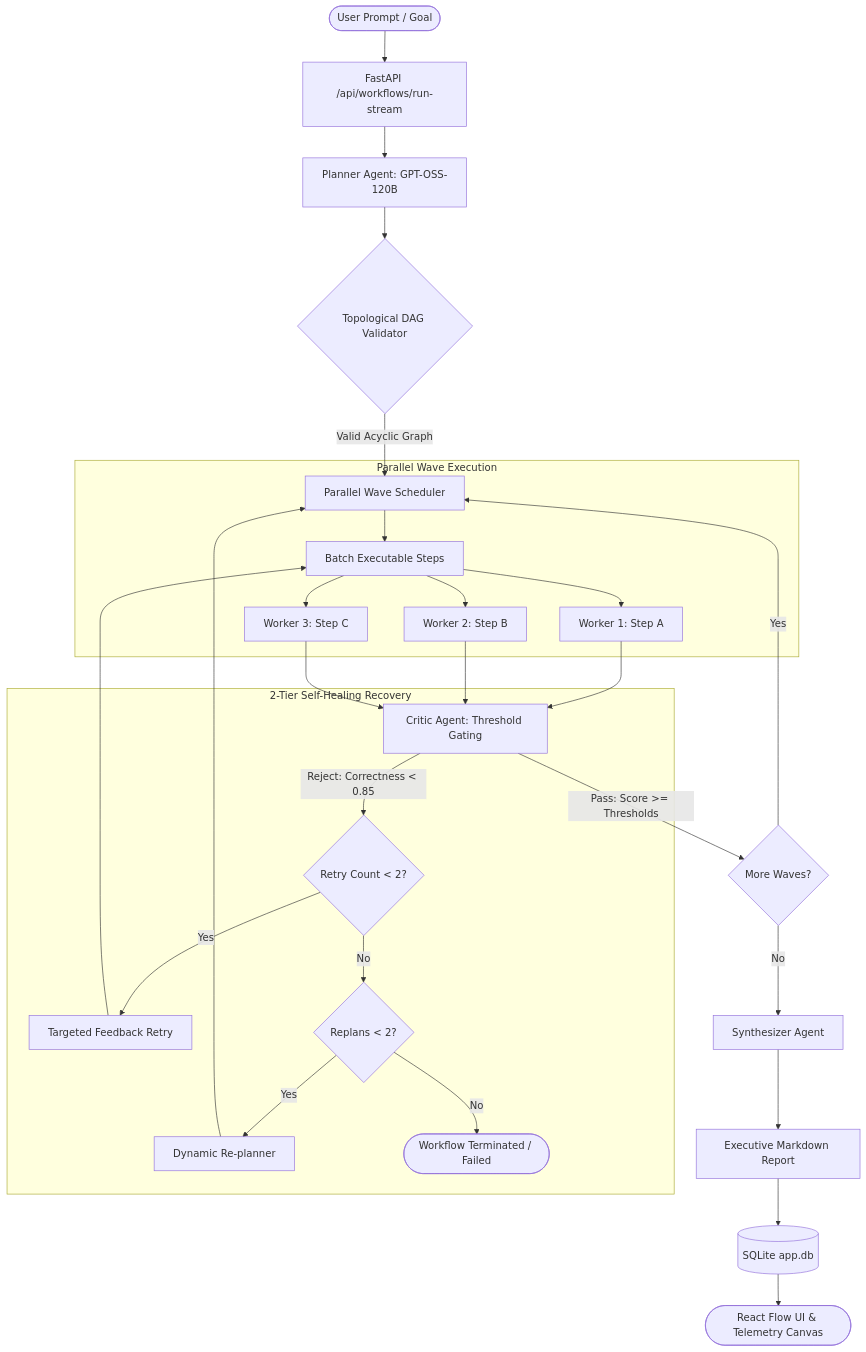
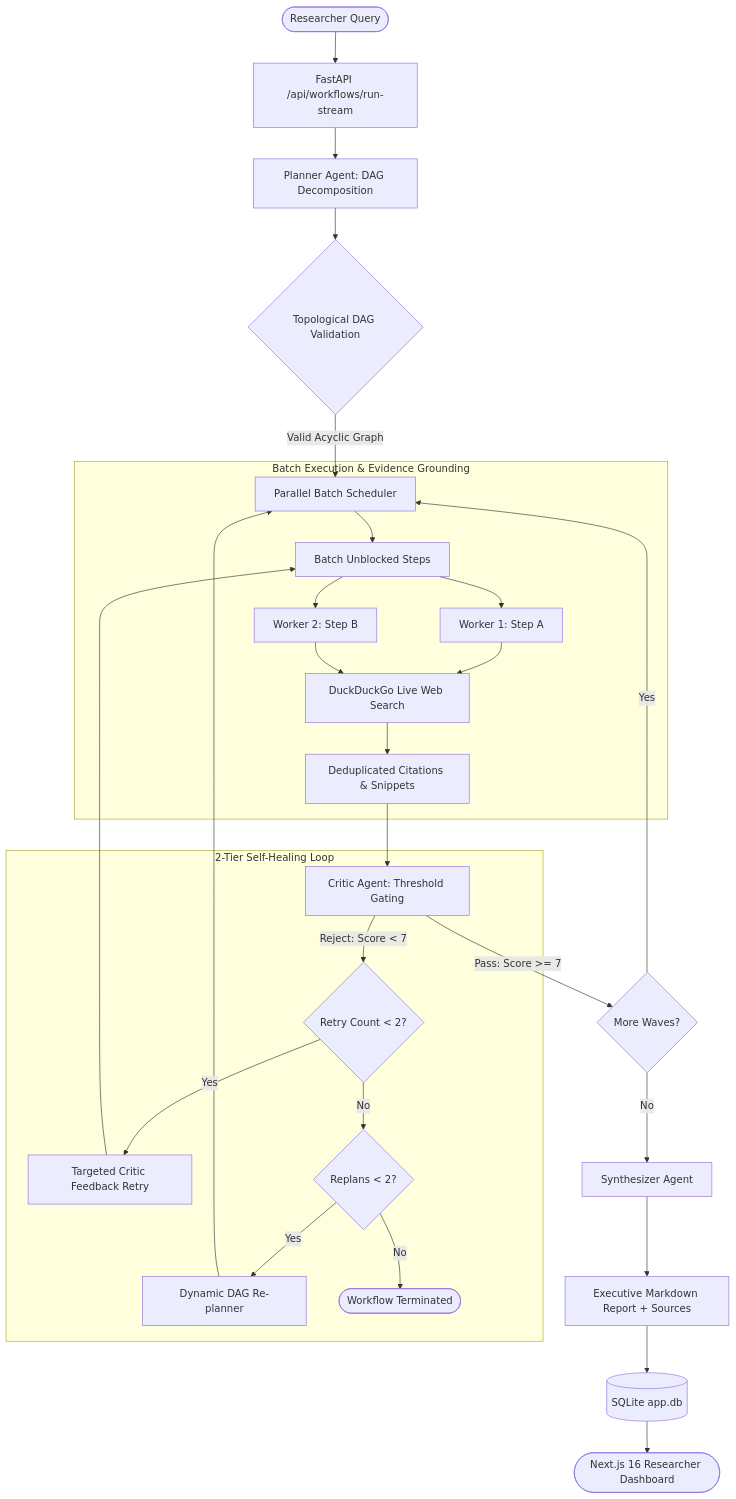
Before and after one commit to ASHUTOSH-SHUKLAA/Planner-Executor-Critic-Multi-Agent-System: the diagram in README.md, drawn with Mermaid. The commit also changed other lines of this file and 11 other files, not shown here.

Commit message:
feat: Implement industry-standard passwordless email OTP auth, strict admin role segregation, server audit trail tab, and comprehensive ARCHITECTURE guide

````diff
--- a/README.md
+++ b/README.md
@@ -11,34 +31,35 @@
 ```mermaid
 flowchart TD
-    User([User Prompt / Goal]) --> API[FastAPI /api/workflows/run-stream]
-    API --> Planner[Planner Agent: GPT-OSS-120B]
-    Planner --> ValidateDAG{Topological DAG Validator}
-    ValidateDAG -- Valid Acyclic Graph --> WaveScheduler[Parallel Wave Scheduler]
-    
-    subgraph Parallel Wave Execution
-        WaveScheduler --> Batch[Batch Executable Steps]
+    User([Researcher Query]) --> API[FastAPI /api/workflows/run-stream]
+    API --> Planner[Planner Agent: DAG Decomposition]
+    Planner --> ValidateDAG{Topological DAG Validation}
+    ValidateDAG -- Valid Acyclic Graph --> WaveScheduler[Parallel Batch Scheduler]
+
+    subgraph Batch Execution & Evidence Grounding
+        WaveScheduler --> Batch[Batch Unblocked Steps]
         Batch --> Exec1[Worker 1: Step A]
         Batch --> Exec2[Worker 2: Step B]
-        Batch --> Exec3[Worker 3: Step C]
+        Exec1 & Exec2 --> SearchTool[DuckDuckGo Live Web Search]
+        SearchTool --> Evidence[Deduplicated Citations & Snippets]
     end
 
-    Exec1 & Exec2 & Exec3 --> Critic[Critic Agent: Threshold Gating]
-    
-    subgraph 2-Tier Self-Healing Recovery
-        Critic -- Reject: Correctness < 0.85 --> RetryCheck{Retry Count < 2?}
-        RetryCheck -- Yes --> TargetedFeedback[Targeted Feedback Retry]
+    Evidence --> Critic[Critic Agent: Threshold Gating]
+
+    subgraph 2-Tier Self-Healing Loop
+        Critic -- Reject: Score < 7 --> RetryCheck{Retry Count < 2?}
+        RetryCheck -- Yes --> TargetedFeedback[Targeted Critic Feedback Retry]
         TargetedFeedback --> Batch
         RetryCheck -- No --> ReplanCheck{Replans < 2?}
-        ReplanCheck -- Yes --> Replanner[Dynamic Re-planner]
+        ReplanCheck -- Yes --> Replanner[Dynamic DAG Re-planner]
         Replanner --> WaveScheduler
-        ReplanCheck -- No --> Fail([Workflow Terminated / Failed])
+        ReplanCheck -- No --> Fail([Workflow Terminated])
     end
 
-    Critic -- Pass: Score >= Thresholds --> NextWave{More Waves?}
+    Critic -- Pass: Score >= 7 --> NextWave{More Waves?}
     NextWave -- Yes --> WaveScheduler
     NextWave -- No --> Synthesizer[Synthesizer Agent]
-    
-    Synthesizer --> Report[Executive Markdown Report]
+
+    Synthesizer --> Report[Executive Markdown Report + Sources]
     Report --> Persist[(SQLite app.db)]
-    Persist --> UI([React Flow UI & Telemetry Canvas])
+    Persist --> UI([Next.js 16 Researcher Dashboard])
 ```
````
